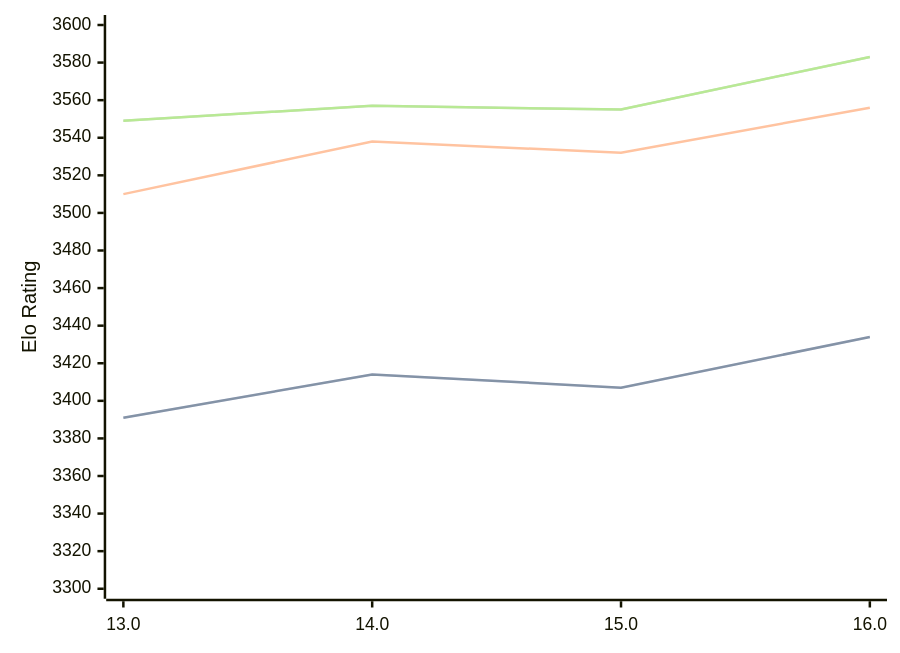
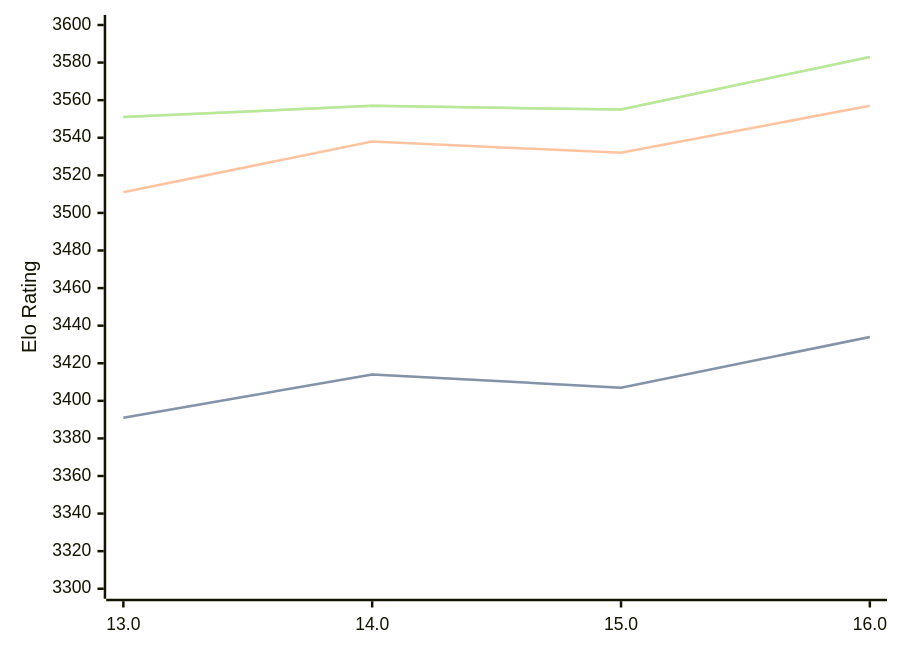
The diagram in engines/Obsidian.md (computer-chess-index/cci), drawn with Mermaid before and after one commit. The commit also changed other lines of this file, not shown here.

Commit message:
Update CCI Ratings (ELO VLTC) - 2026-08-25

````diff
--- a/engines/Obsidian.md
+++ b/engines/Obsidian.md
@@ -34,11 +34,11 @@
 ```mermaid
 %%{init: {"theme":"base","themeVariables":{"seriesColors:['#a3a3a3','#222221','#faa371']}}}%%
 xychart-beta
   x-axis ["13.0", "14.0", "15.0", "16.0"]
   y-axis "Elo Rating" 3300 --> 3600
   line "STC (8.0+0.08s)" [3391, 3414, 3407, 3434]
   line "STC (8.0+0.08s)" [3391, 3414, 3407, 3434]
-  line "LTC (60.0+0.60s)" [3510, 3538, 3532, 3556]
-  line "VLTC (2m24s+1.12s)" [3549, 3557, 3555, 3583]
-  line "VLTC (2m24s+1.12s)" [3549, 3557, 3555, 3583]
+  line "LTC (60.0+0.60s)" [3511, 3538, 3532, 3557]
+  line "VLTC (2m24s+1.12s)" [3551, 3557, 3555, 3583]
+  line "VLTC (2m24s+1.12s)" [3551, 3557, 3555, 3583]
 ```
````
